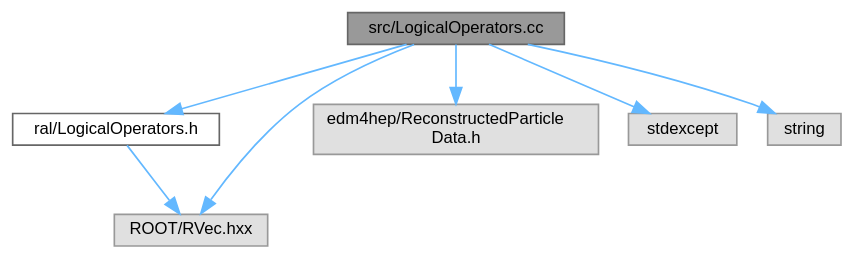
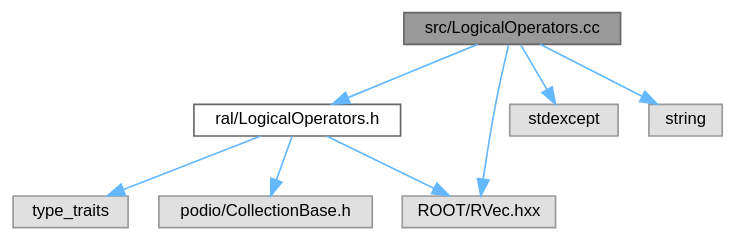
One commit to kjvbrt/ral changed the diagram in docs/LogicalOperators_8cc__incl.dot. Above: the diagram before and after it, drawn with Graphviz. The commit also changed 23 other files, not shown here.

```diff
--- a/docs/LogicalOperators_8cc__incl.dot
+++ b/docs/LogicalOperators_8cc__incl.dot
@@ -1,19 +1,21 @@
 digraph "src/LogicalOperators.cc"
 {
  // LATEX_PDF_SIZE
   bgcolor="transparent";
   edge [fontname=Helvetica,fontsize=10,labelfontname=Helvetica,labelfontsize=10];
   node [fontname=Helvetica,fontsize=10,shape=box,height=0.2,width=0.4];
   Node1 [id="Node000001",label="src/LogicalOperators.cc",height=0.2,width=0.4,color="gray40", fillcolor="grey60", style="filled", fontcolor="black",tooltip=" "];
   Node1 -> Node2 [id="edge1_Node000001_Node000002",color="steelblue1",style="solid",tooltip=" "];
   Node2 [id="Node000002",label="ral/LogicalOperators.h",height=0.2,width=0.4,color="grey40", fillcolor="white", style="filled",URL="$LogicalOperators_8h.html",tooltip=" "];
   Node2 -> Node3 [id="edge2_Node000002_Node000003",color="steelblue1",style="solid",tooltip=" "];
-  Node3 [id="Node000003",label="ROOT/RVec.hxx",height=0.2,width=0.4,color="grey60", fillcolor="#E0E0E0", style="filled",tooltip=" "];
-  Node1 -> Node3 [id="edge3_Node000001_Node000003",color="steelblue1",style="solid",tooltip=" "];
-  Node1 -> Node4 [id="edge4_Node000001_Node000004",color="steelblue1",style="solid",tooltip=" "];
-  Node4 [id="Node000004",label="edm4hep/ReconstructedParticle\lData.h",height=0.2,width=0.4,color="grey60", fillcolor="#E0E0E0", style="filled",tooltip=" "];
-  Node1 -> Node5 [id="edge5_Node000001_Node000005",color="steelblue1",style="solid",tooltip=" "];
-  Node5 [id="Node000005",label="stdexcept",height=0.2,width=0.4,color="grey60", fillcolor="#E0E0E0", style="filled",tooltip=" "];
+  Node3 [id="Node000003",label="type_traits",height=0.2,width=0.4,color="grey60", fillcolor="#E0E0E0", style="filled",tooltip=" "];
+  Node2 -> Node4 [id="edge3_Node000002_Node000004",color="steelblue1",style="solid",tooltip=" "];
+  Node4 [id="Node000004",label="ROOT/RVec.hxx",height=0.2,width=0.4,color="grey60", fillcolor="#E0E0E0", style="filled",tooltip=" "];
+  Node2 -> Node5 [id="edge4_Node000002_Node000005",color="steelblue1",style="solid",tooltip=" "];
+  Node5 [id="Node000005",label="podio/CollectionBase.h",height=0.2,width=0.4,color="grey60", fillcolor="#E0E0E0", style="filled",tooltip=" "];
+  Node1 -> Node4 [id="edge5_Node000001_Node000004",color="steelblue1",style="solid",tooltip=" "];
   Node1 -> Node6 [id="edge6_Node000001_Node000006",color="steelblue1",style="solid",tooltip=" "];
-  Node6 [id="Node000006",label="string",height=0.2,width=0.4,color="grey60", fillcolor="#E0E0E0", style="filled",tooltip=" "];
+  Node6 [id="Node000006",label="stdexcept",height=0.2,width=0.4,color="grey60", fillcolor="#E0E0E0", style="filled",tooltip=" "];
+  Node1 -> Node7 [id="edge7_Node000001_Node000007",color="steelblue1",style="solid",tooltip=" "];
+  Node7 [id="Node000007",label="string",height=0.2,width=0.4,color="grey60", fillcolor="#E0E0E0", style="filled",tooltip=" "];
 }
```
